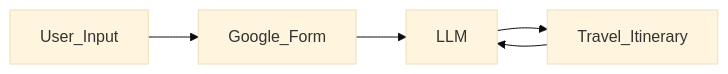
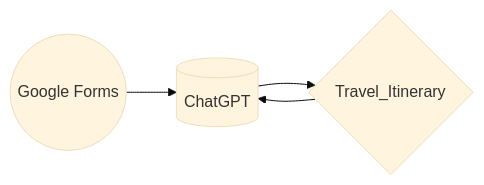
The diagram in README.md (pjbrumm94/TravelApp), drawn with Mermaid (base theme) before and after one commit.

````diff
--- a/README.md
+++ b/README.md
@@ -7,7 +7,6 @@
 ```mermaid
-graph LR;
-  User_Input-->Google_Form;
-  Google_Form-->LLM;
-  LLM-->Travel_Itinerary;
-  Travel_Itinerary-->LLM;
+flowchart LR;
+  Input((Google Forms))-->LLM[(ChatGPT)];
+  LLM-->Iti{Travel_Itinerary};
+  Iti-->LLM;
 ```
````
